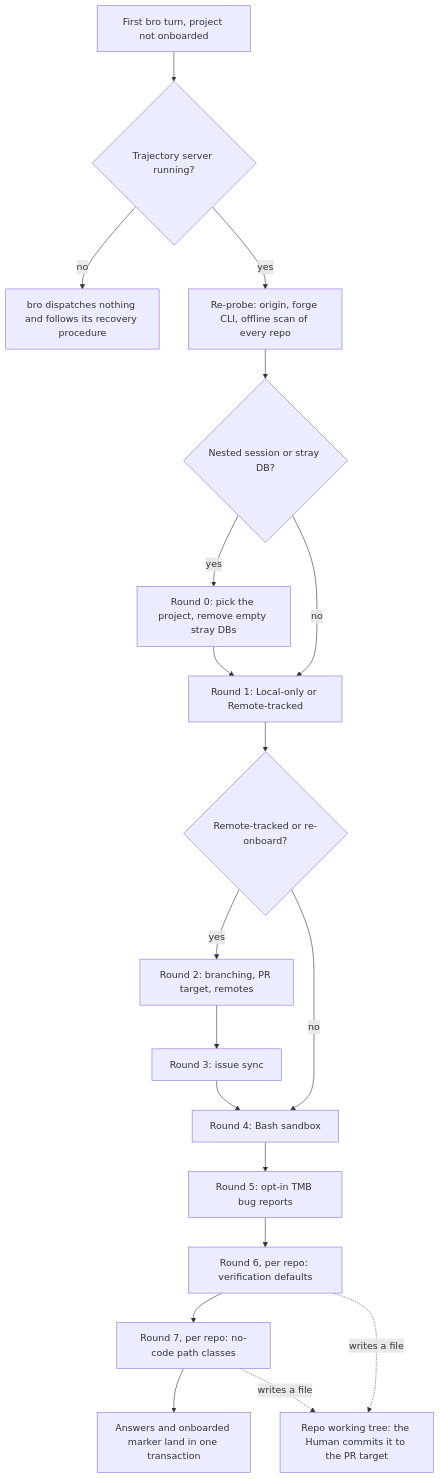
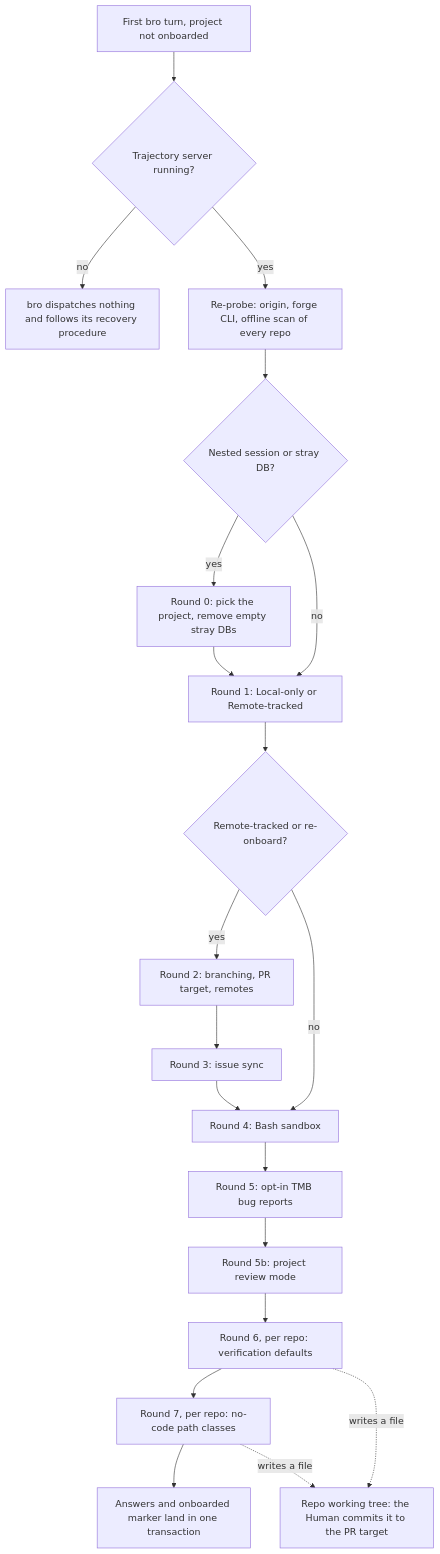
The diagram in docs/architecture/ONBOARD.md (trustmybot/plugin), drawn with Mermaid before and after one commit. The commit also changed other lines of this file and 4 other files, not shown here.

Commit message:
✨ feat(onboard): ask and store the project review mode (GH 2225)

````diff
--- a/docs/architecture/ONBOARD.md
+++ b/docs/architecture/ONBOARD.md
@@ -5,21 +5,22 @@
 ```mermaid
 flowchart TD
     A[First bro turn, project not onboarded] --> S{Trajectory server running?}
     S -- no --> X1[bro dispatches nothing and follows its recovery procedure]
     S -- yes --> B[Re-probe: origin, forge CLI, offline scan of every repo]
     B --> R0{Nested session or stray DB?}
     R0 -- yes --> C0[Round 0: pick the project, remove empty stray DBs]
     R0 -- no --> C1
     C0 --> C1[Round 1: Local-only or Remote-tracked]
     C1 --> RT{Remote-tracked or re-onboard?}
     RT -- yes --> C2[Round 2: branching, PR target, remotes]
     C2 --> C3[Round 3: issue sync]
     RT -- no --> C4
     C3 --> C4[Round 4: Bash sandbox]
     C4 --> C5[Round 5: opt-in TMB bug reports]
-    C5 --> C6[Round 6, per repo: verification defaults]
+    C5 --> C5b[Round 5b: project review mode]
+    C5b --> C6[Round 6, per repo: verification defaults]
     C6 --> C7[Round 7, per repo: no-code path classes]
     C7 --> D[Answers and onboarded marker land in one transaction]
     C6 -. writes a file .-> F[Repo working tree: the Human commits it to the PR target]
     C7 -. writes a file .-> F
 ```
````
